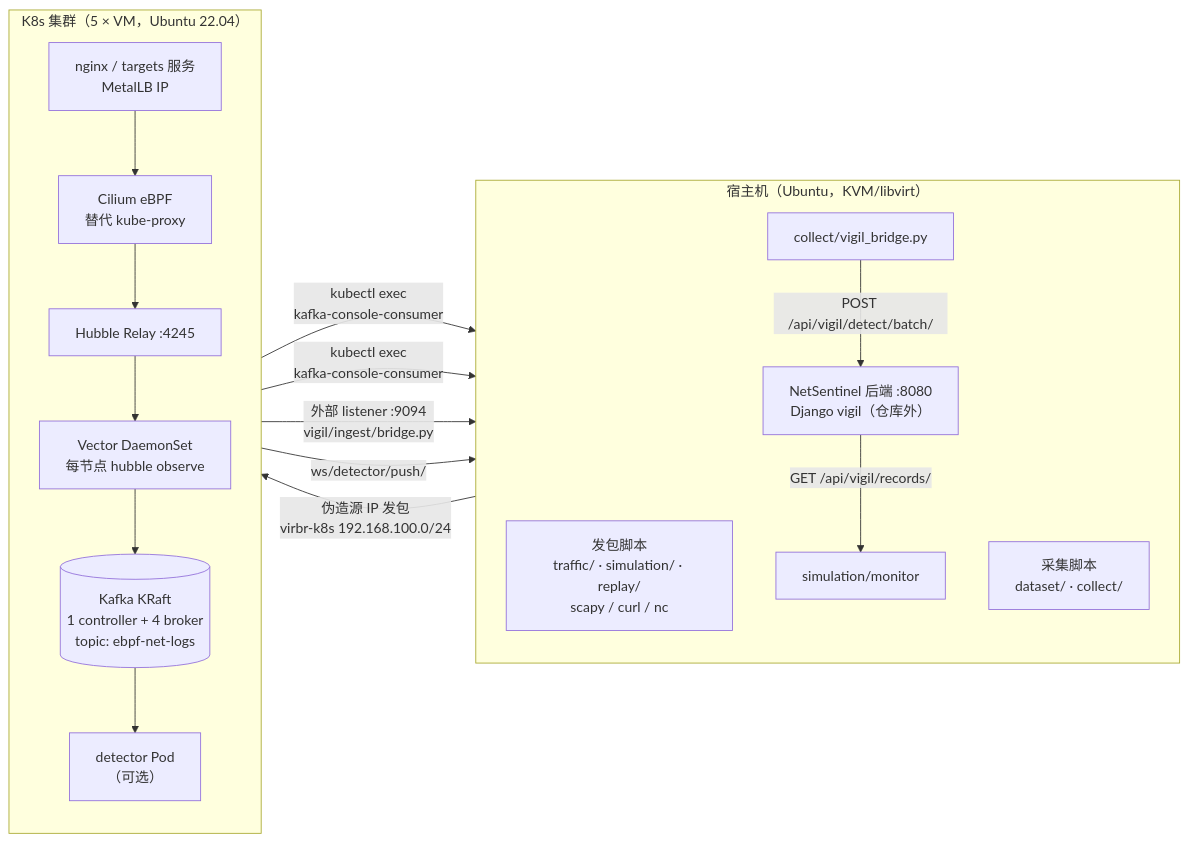
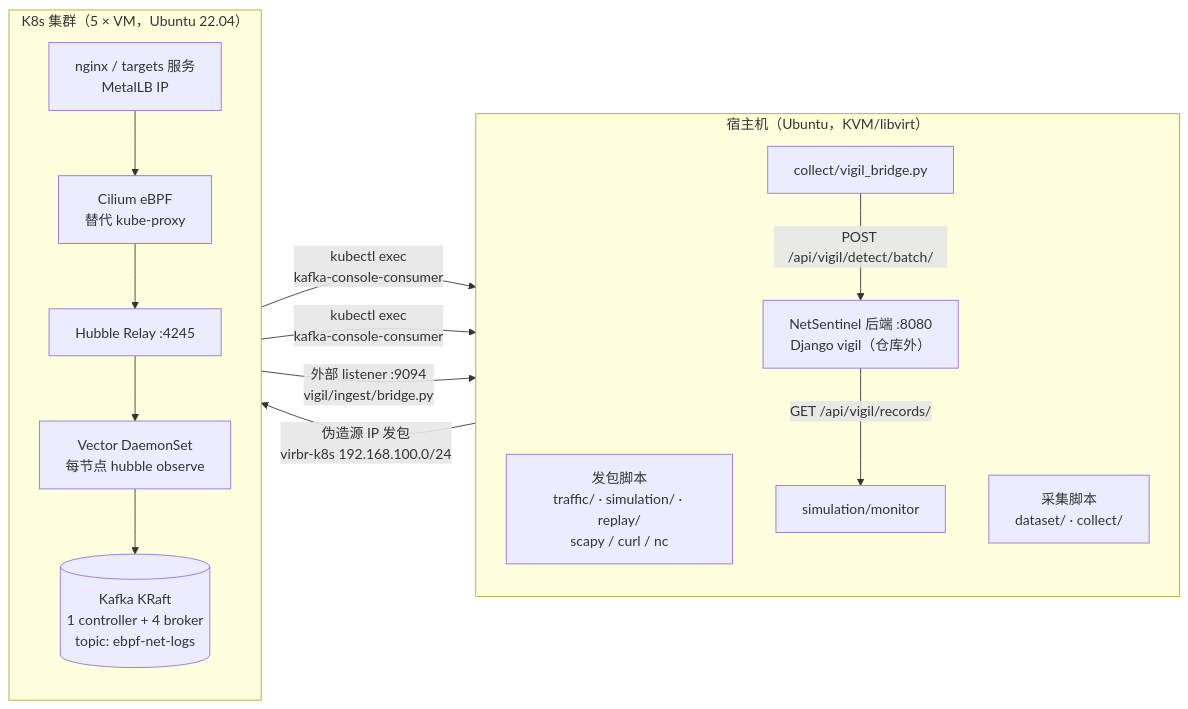
One commit to knet-lab/knettf changed the diagram in lab/README.md. Above: the diagram before and after it, drawn with Mermaid. The commit also changed other lines of this file and 21 other files, not shown here.

````diff
--- a/lab/README.md
+++ b/lab/README.md
@@ -17,31 +17,28 @@
 ```mermaid
 flowchart LR
     subgraph HOST["宿主机（Ubuntu，KVM/libvirt）"]
         direction TB
         GEN["发包脚本<br/>traffic/ · simulation/ · replay/<br/>scapy / curl / nc"]
         COL["采集脚本<br/>dataset/ · collect/"]
         BRG["collect/vigil_bridge.py"]
         MON["simulation/monitor"]
         NS["NetSentinel 后端 :8080<br/>Django vigil（仓库外）"]
     end
 
     subgraph K8S["K8s 集群（5 × VM，Ubuntu 22.04）"]
         direction TB
         SVC["nginx / targets 服务<br/>MetalLB IP"]
         CIL["Cilium eBPF<br/>替代 kube-proxy"]
         HUB["Hubble Relay :4245"]
         VEC["Vector DaemonSet<br/>每节点 hubble observe"]
         KAF[("Kafka KRaft<br/>1 controller + 4 broker<br/>topic: ebpf-net-logs")]
-        DET["detector Pod<br/>（可选）"]
         SVC --> CIL --> HUB --> VEC --> KAF
-        KAF --> DET
     end
 
     GEN -- "伪造源 IP 发包<br/>virbr-k8s 192.168.100.0/24" --> SVC
     KAF -- "kubectl exec<br/>kafka-console-consumer" --> COL
     KAF -- "kubectl exec<br/>kafka-console-consumer" --> BRG
     KAF -- "外部 listener :9094<br/>vigil/ingest/bridge.py" --> NS
     BRG -- "POST /api/vigil/detect/batch/" --> NS
-    DET -- "ws/detector/push/" --> NS
     NS -- "GET /api/vigil/records/" --> MON
 ```
````
